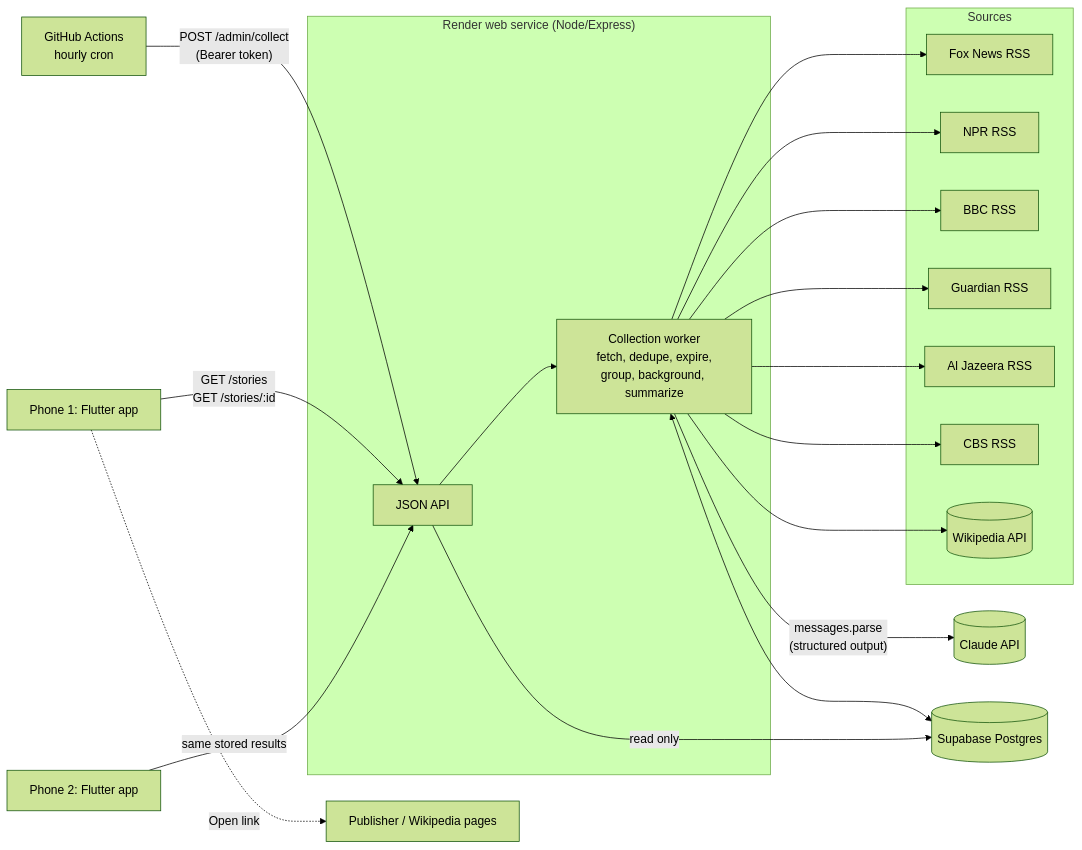
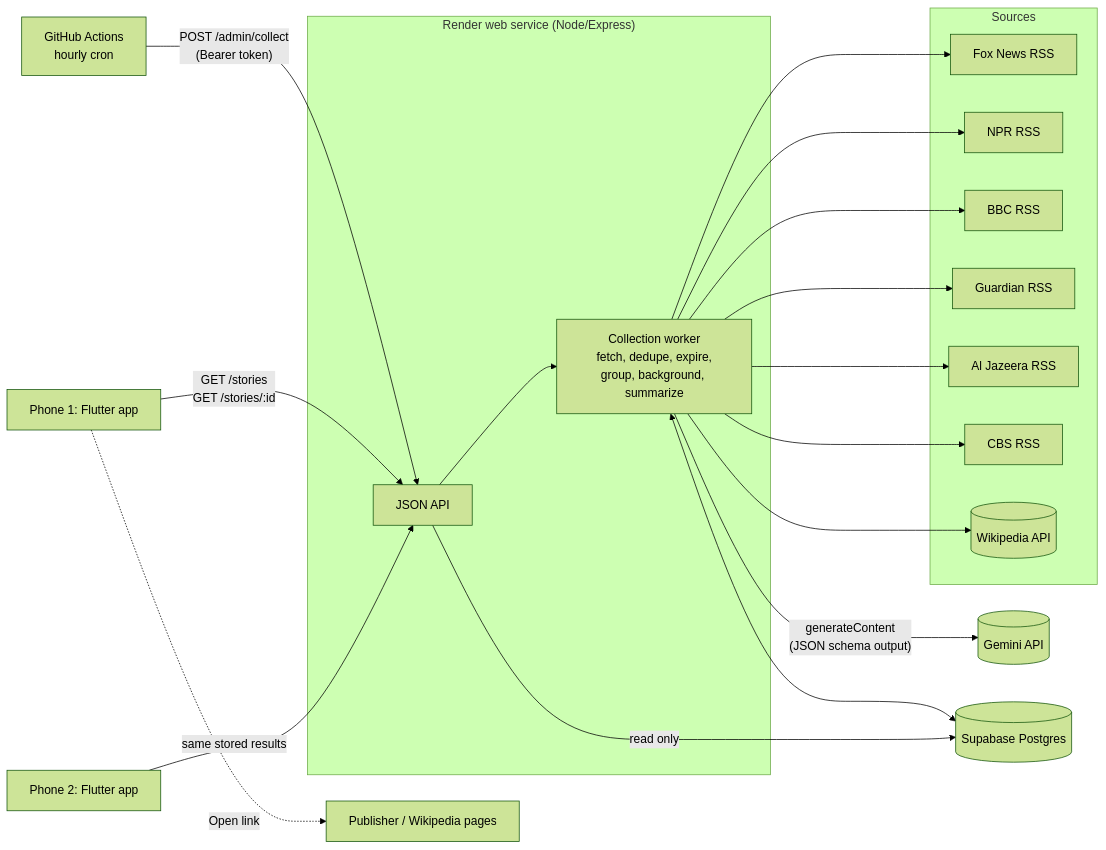
One commit to ShawnCarlile/mynews changed the diagram in README.md. Above: the diagram before and after it, drawn with Mermaid (forest theme). The commit also changed other lines of this file and 12 other files, not shown here.

First line of the commit message:
Switch AI summaries from Claude to Google Gemini free tier

````diff
--- a/README.md
+++ b/README.md
@@ -20,26 +20,26 @@
 ```mermaid
 flowchart LR
   subgraph Sources
     F[Fox News RSS]
     N[NPR RSS]
     B[BBC RSS]
     G[Guardian RSS]
     A[Al Jazeera RSS]
     C[CBS RSS]
     W[(Wikipedia API)]
   end
   S[GitHub Actions<br/>hourly cron] -- "POST /admin/collect<br/>(Bearer token)" --> API
   subgraph Server["Render web service (Node/Express)"]
     API[JSON API]
     WK[Collection worker<br/>fetch, dedupe, expire,<br/>group, background, summarize]
   end
   API --> WK
   WK --> F & N & B & G & A & C
   WK --> W
-  WK -- "messages.parse<br/>(structured output)" --> AI[(Claude API)]
+  WK -- "generateContent<br/>(JSON schema output)" --> AI[(Gemini API)]
   WK <--> DB[(Supabase Postgres)]
   API -- "read only" --> DB
   P1[Phone 1: Flutter app] -- "GET /stories<br/>GET /stories/:id" --> API
   P2[Phone 2: Flutter app] -- same stored results --> API
   P1 -. "Open link" .-> Pub[Publisher / Wikipedia pages]
 ```
````
